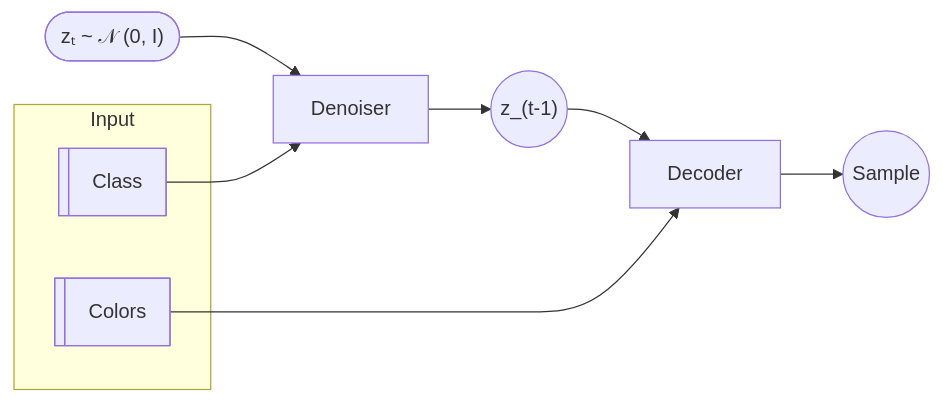
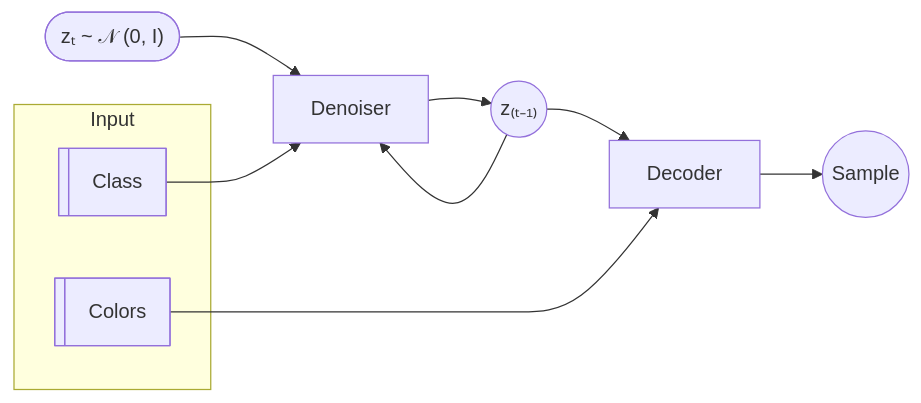
Before and after one commit to rakeshvar/penrose_diffusion: the second of 4 diagrams in code/models/latentdiff/lion.md, drawn with Mermaid. The commit also changed other lines of this file and 2 other files, not shown here.

````diff
--- a/code/models/latentdiff/lion.md
+++ b/code/models/latentdiff/lion.md
@@ -84,16 +84,16 @@
 ```mermaid
 flowchart LR
 
 %% Inputs
 subgraph Input
   COLORS@{ shape: lin-rect, label: "Colors" }
   CLASS@{ shape: lin-rect, label: "Class" }
 end
 
 NOISE(["zₜ  ~ 𝒩 (0, I)"]) --> Denoiser
 CLASS --> Denoiser
-Denoiser --> Z0(("z_(t-1)")) --> Decoder
-
+Denoiser --> Z0(("z₍ₜ₋₁₎")) --> Decoder
+Z0 --> Denoiser
 COLORS --> Decoder --> X(("Sample"))
 
 ```
````
